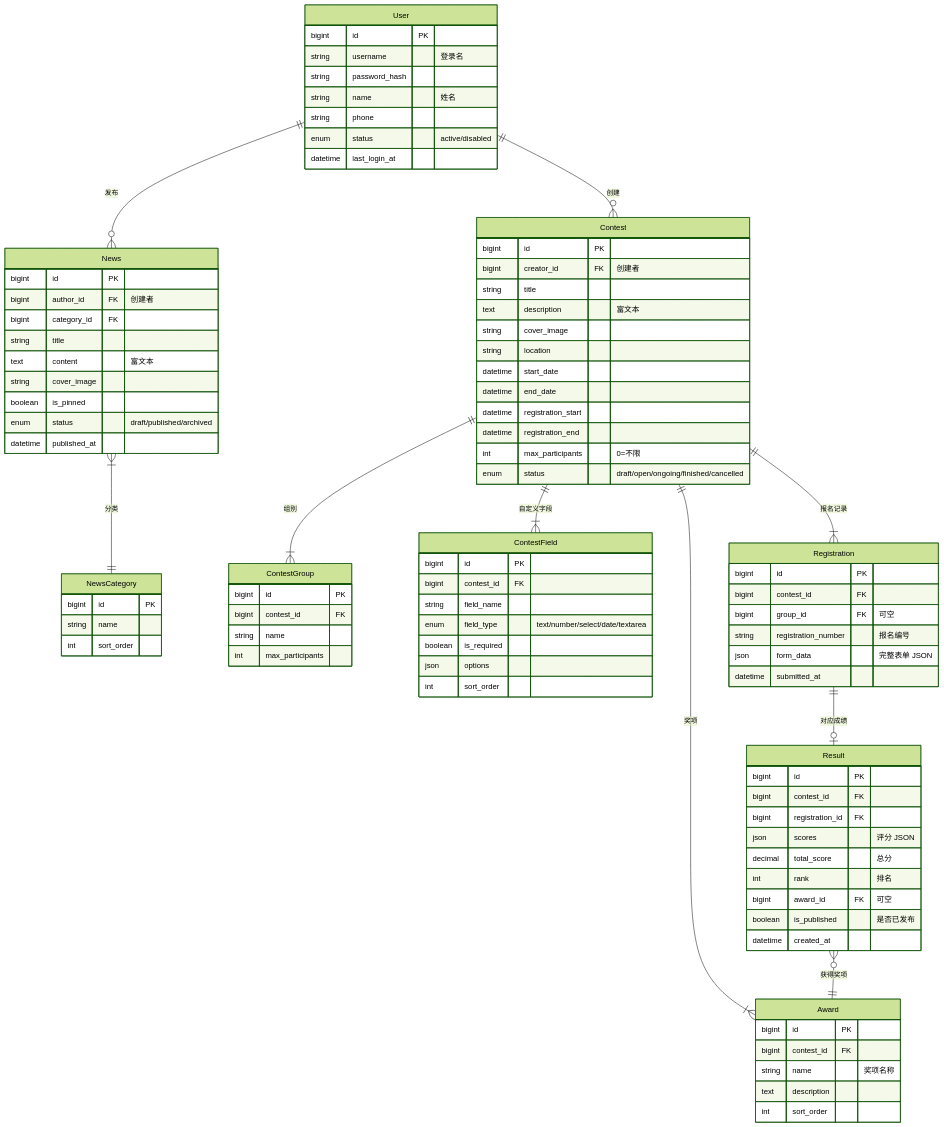
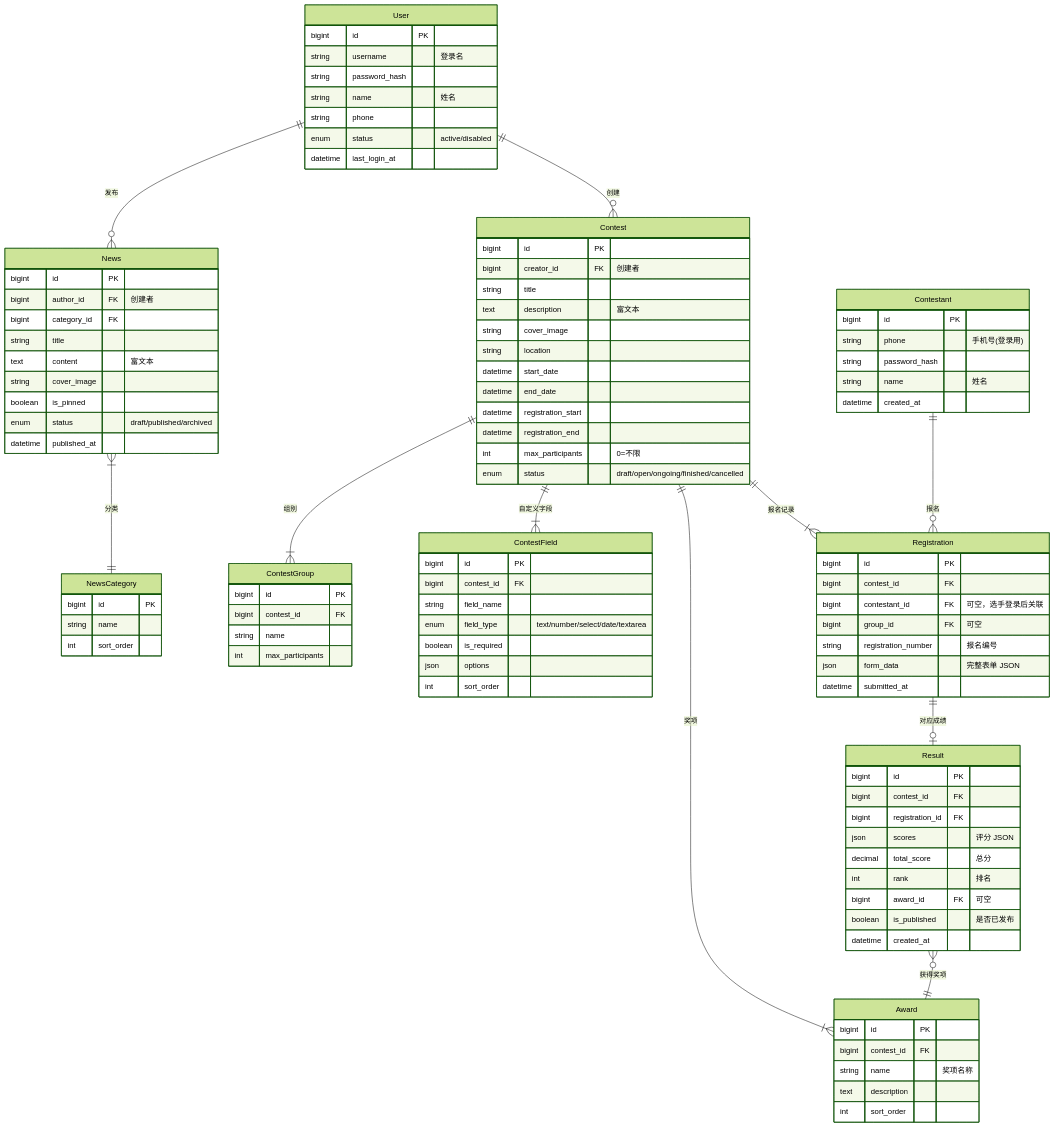
The diagram in docs/functional-requirements.md (Antiqueeeee/contest-hub), drawn with Mermaid (forest theme) before and after one commit. The commit also changed other lines of this file, not shown here.

First line of the commit message:
Add contestant account system to requirements: registration, login, profile center

```diff
--- a/docs/functional-requirements.md
+++ b/docs/functional-requirements.md
@@ -507,6 +540,7 @@
 erDiagram
     User ||--o{ News : "发布"
     User ||--o{ Contest : "创建"
+    Contestant ||--o{ Registration : "报名"
     News }|--|| NewsCategory : "分类"
     Contest ||--|{ ContestGroup : "组别"
     Contest ||--|{ ContestField : "自定义字段"
@@ -523,6 +557,14 @@
         string phone
         enum status "active/disabled"
         datetime last_login_at
+    }
+
+    Contestant {
+        bigint id PK
+        string phone "手机号(登录用)"
+        string password_hash
+        string name "姓名"
+        datetime created_at
     }
 
     NewsCategory {
@@ -578,6 +620,7 @@
     Registration {
         bigint id PK
         bigint contest_id FK
+        bigint contestant_id FK "可空，选手登录后关联"
         bigint group_id FK "可空"
         string registration_number "报名编号"
         json form_data "完整表单 JSON"
```
